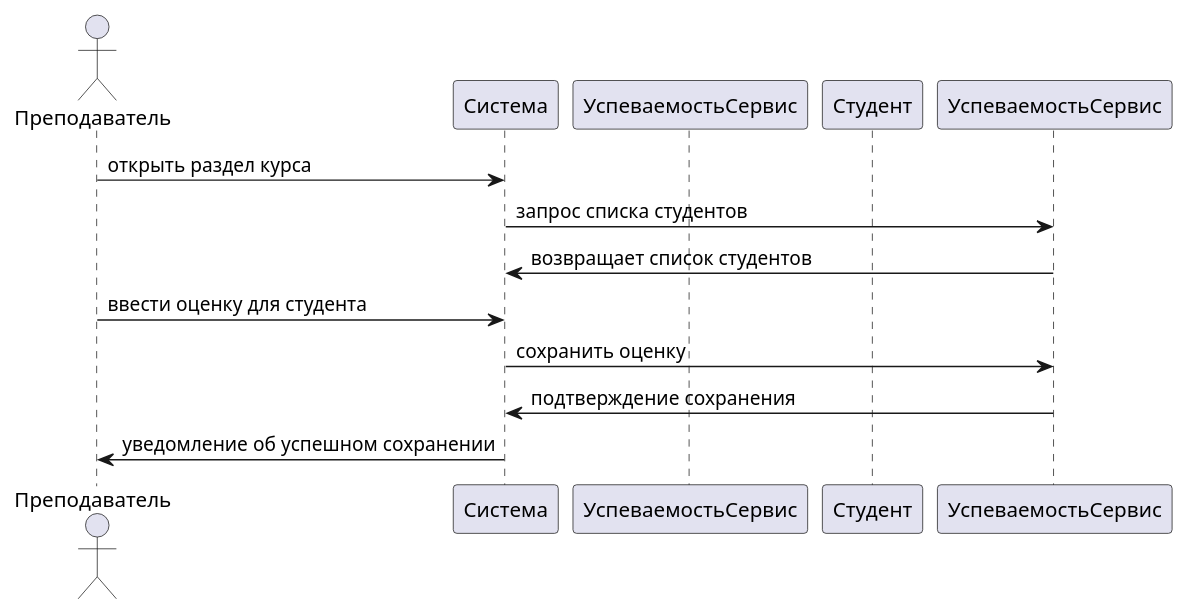
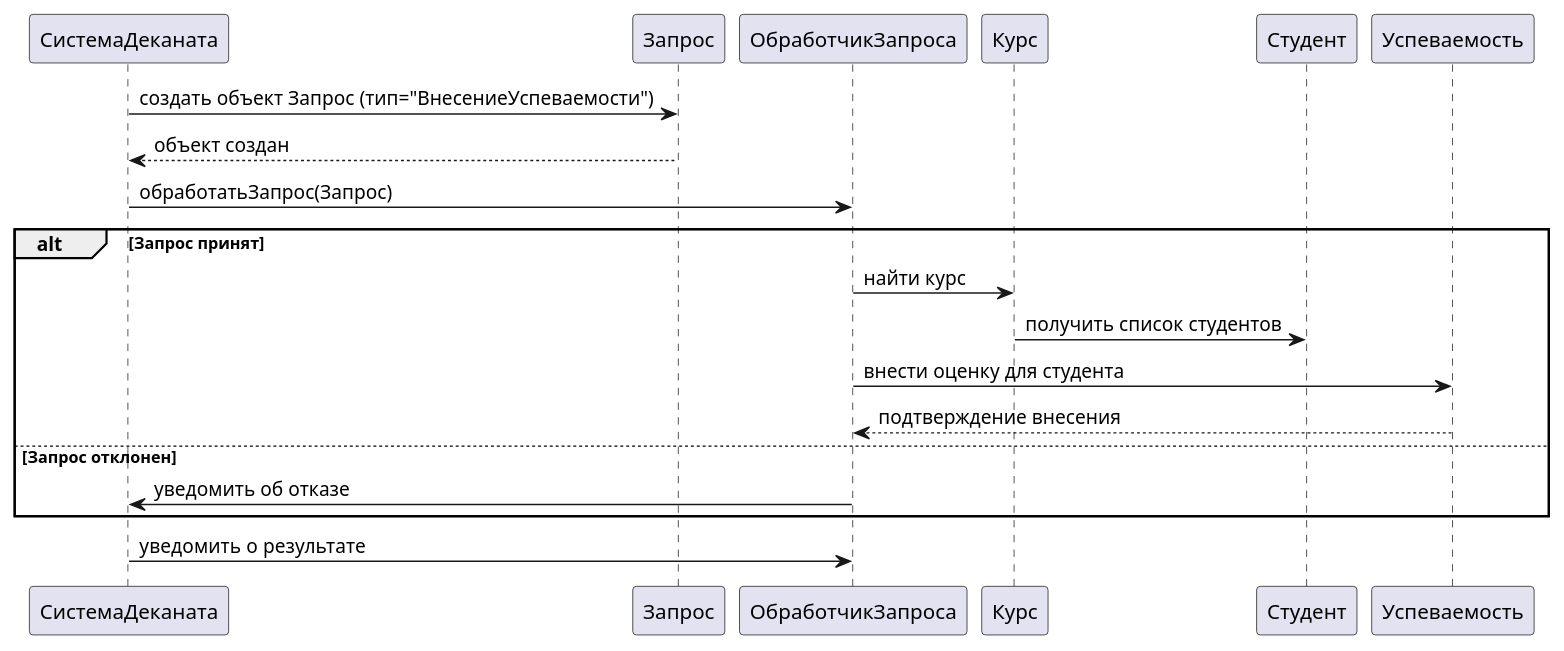
The diagram in Прецеденты/Внесение успеваемости студента/Диаграмма последовательности.md (penamarth/bsbo-02-22_team4_var4), drawn with PlantUML before and after one commit.

Commit message:
Update Диаграмма последовательности.md

````diff
--- a/Прецеденты/Внесение успеваемости студента/Диаграмма последовательности.md
+++ b/Прецеденты/Внесение успеваемости студента/Диаграмма последовательности.md
@@ -1,16 +1,26 @@
 ```plantuml
 @startuml
-actor Преподаватель as Teacher
-participant Система as System
-participant УспеваемостьСервис as GradeService
-participant Студент as Student
+participant СистемаДеканата
+participant Запрос
+participant ОбработчикЗапроса
+participant Курс
+participant Студент
+participant Успеваемость
 
-Teacher -> System: открыть раздел курса
-System -> УспеваемостьСервис: запрос списка студентов
-УспеваемостьСервис -> System: возвращает список студентов
-Teacher -> System: ввести оценку для студента
-System -> УспеваемостьСервис: сохранить оценку
-УспеваемостьСервис -> System: подтверждение сохранения
-System -> Teacher: уведомление об успешном сохранении
+СистемаДеканата -> Запрос: создать объект Запрос (тип="ВнесениеУспеваемости")
+Запрос --> СистемаДеканата: объект создан
+СистемаДеканата -> ОбработчикЗапроса: обработатьЗапрос(Запрос)
+
+alt Запрос принят
+    ОбработчикЗапроса -> Курс: найти курс
+    Курс -> Студент: получить список студентов
+    ОбработчикЗапроса -> Успеваемость: внести оценку для студента
+    Успеваемость --> ОбработчикЗапроса: подтверждение внесения
+else Запрос отклонен
+    ОбработчикЗапроса -> СистемаДеканата: уведомить об отказе
+end
+
+СистемаДеканата -> ОбработчикЗапроса: уведомить о результате
 @enduml
+
 ```
````
